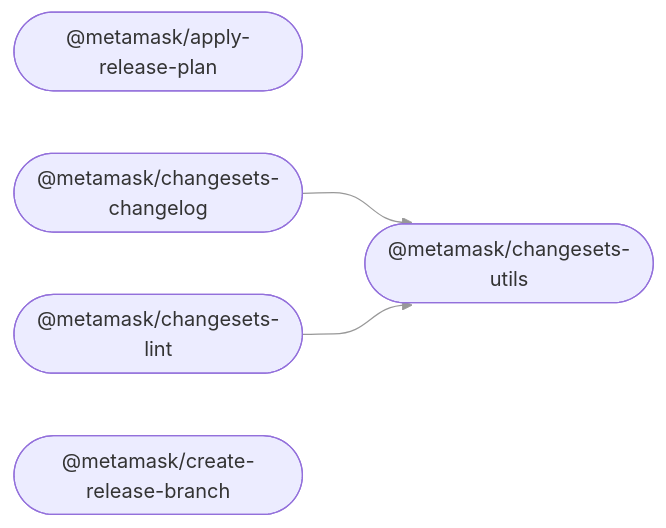
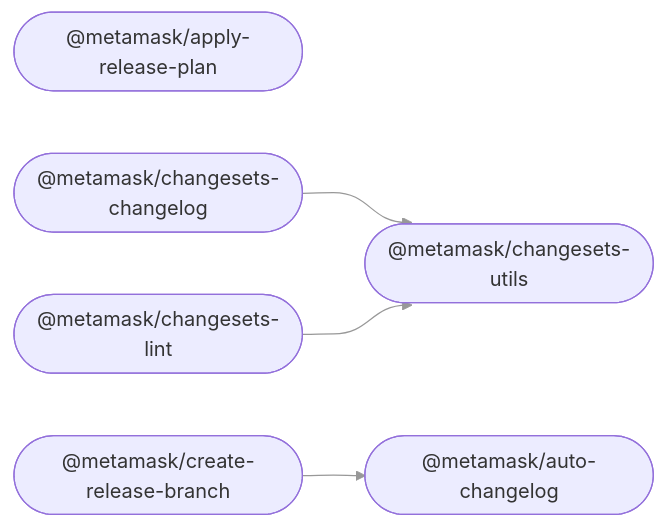
The diagram in README.md (MetaMask/release-tools), drawn with Mermaid before and after one commit. The commit also changed other lines of this file and 24 other files, not shown here.

Commit message:
Integrate auto-changelog into the monorepo

````diff
--- a/README.md
+++ b/README.md
@@ -29,12 +30,14 @@
 ```mermaid
 %%{ init: { 'flowchart': { 'curve': 'bumpX' } } }%%
 graph LR;
 linkStyle default opacity:0.5
   apply_release_plan(["@metamask/apply-release-plan"]);
+  auto_changelog(["@metamask/auto-changelog"]);
   changesets_changelog(["@metamask/changesets-changelog"]);
   changesets_lint(["@metamask/changesets-lint"]);
   changesets_utils(["@metamask/changesets-utils"]);
   create_release_branch(["@metamask/create-release-branch"]);
   changesets_changelog --> changesets_utils;
   changesets_lint --> changesets_utils;
+  create_release_branch --> auto_changelog;
 ```
````
